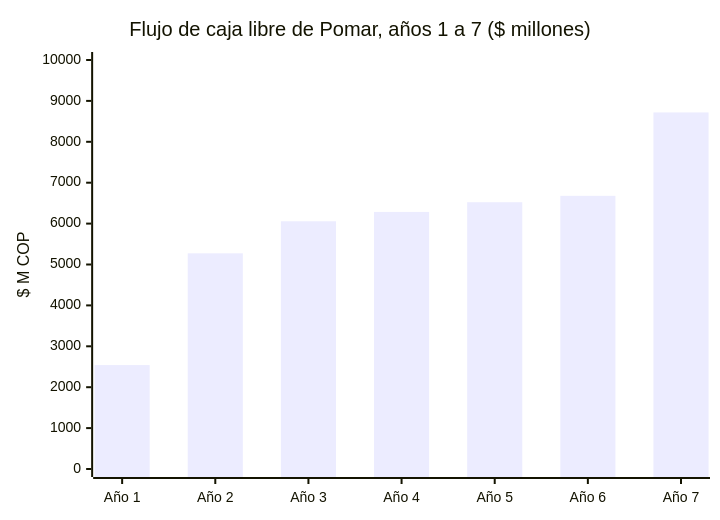
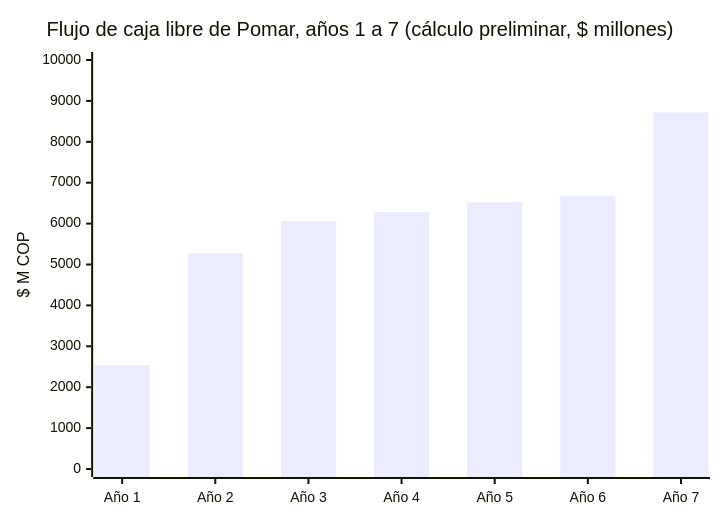
The seventh of 8 diagrams in README.md (kuajoautomation/Kuajo-Automation---APM), drawn with Mermaid before and after one commit. The commit also changed other lines of this file and 34 other files, not shown here.

````diff
--- a/README.md
+++ b/README.md
@@ -440,7 +450,7 @@
 ```mermaid
 xychart-beta
-    title "Flujo de caja libre de Pomar, años 1 a 7 ($ millones)"
+    title "Flujo de caja libre de Pomar, años 1 a 7 (cálculo preliminar, $ millones)"
     x-axis ["Año 1", "Año 2", "Año 3", "Año 4", "Año 5", "Año 6", "Año 7"]
     y-axis "$ M COP" 0 --> 10000
     bar [2541, 5273, 6057, 6285, 6523, 6679, 8718]
 ```
````
